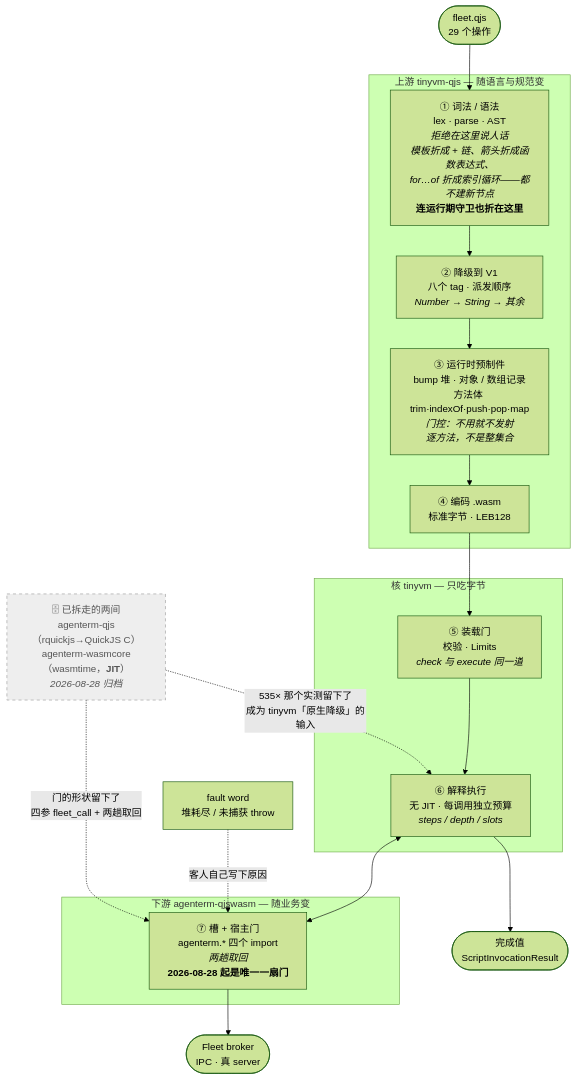
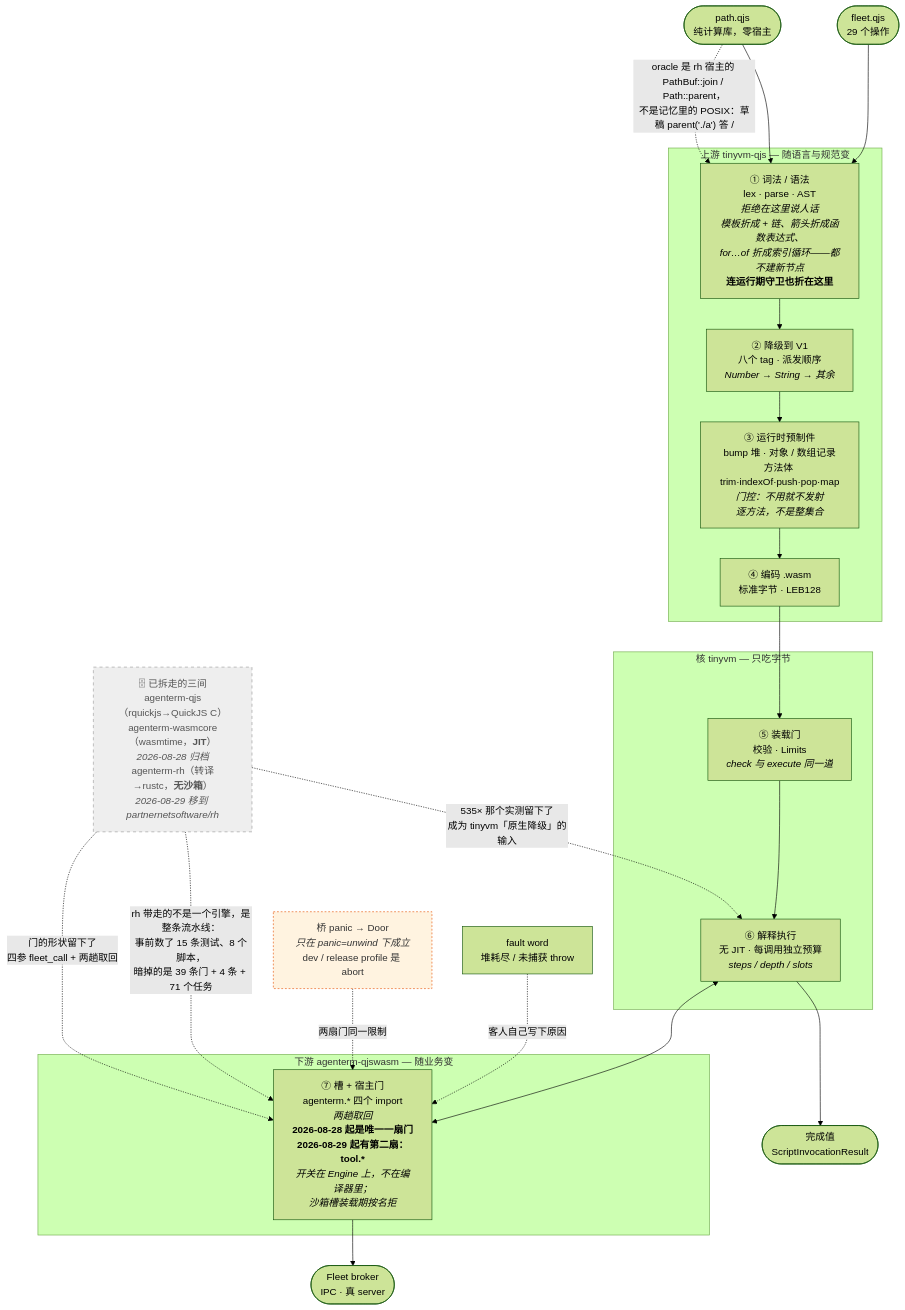
The diagram in prd/PRD_02_36_agenterm_qjswasm.md (partnernetsoftware/agenterm), drawn with Mermaid (forest theme) before and after one commit. The commit also changed other lines of this file and 1 other file, not shown here.

````diff
--- a/prd/PRD_02_36_agenterm_qjswasm.md
+++ b/prd/PRD_02_36_agenterm_qjswasm.md
@@ -1028,33 +1036,39 @@
 ```mermaid
 flowchart TD
   subgraph UP["上游 tinyvm-qjs — 随语言与规范变"]
     R1["① 词法 / 语法<br/>lex · parse · AST<br/><i>拒绝在这里说人话</i><br/><i>模板折成 + 链、箭头折成函数表达式、</i><br/><i>for…of 折成索引循环——都不建新节点</i><br/><b>连运行期守卫也折在这里</b>"]
     R2["② 降级到 V1<br/>八个 tag · 派发顺序<br/><i>Number → String → 其余</i>"]
     R3["③ 运行时预制件<br/>bump 堆 · 对象 / 数组记录<br/>方法体 trim·indexOf·push·pop·map<br/><i>门控：不用就不发射</i><br/><i>逐方法，不是整集合</i>"]
     R4["④ 编码 .wasm<br/>标准字节 · LEB128"]
     R1 --> R2 --> R3 --> R4
   end
 
   subgraph CORE["核 tinyvm — 只吃字节"]
     R5["⑤ 装载门<br/>校验 · Limits<br/><i>check 与 execute 同一道</i>"]
     R6["⑥ 解释执行<br/>无 JIT · 每调用独立预算<br/><i>steps / depth / slots</i>"]
     R5 --> R6
   end
 
   subgraph DOWN["下游 agenterm-qjswasm — 随业务变"]
-    R7["⑦ 槽 + 宿主门<br/>agenterm.* 四个 import<br/><i>两趟取回</i><br/><b>2026-08-28 起是唯一一扇门</b>"]
+    R7["⑦ 槽 + 宿主门<br/>agenterm.* 四个 import<br/><i>两趟取回</i><br/><b>2026-08-28 起是唯一一扇门</b><br/><b>2026-08-29 起有第二扇：tool.*</b><br/><i>开关在 Engine 上，不在编译器里；<br/>沙箱槽装载期按名拒</i>"]
   end
 
   SRC(["fleet.qjs<br/>29 个操作"]) --> R1
   R4 --> R5
   R6 <--> R7
   R7 --> BRK(["Fleet broker<br/>IPC · 真 server"])
   R6 --> OUT(["完成值<br/>ScriptInvocationResult"])
   FW["fault word<br/>堆耗尽 / 未捕获 throw"] -.->|"客人自己写下原因"| R7
 
-  GONE["🗄 已拆走的两间<br/>agenterm-qjs（rquickjs→QuickJS C）<br/>agenterm-wasmcore（wasmtime，<b>JIT</b>）<br/><i>2026-08-28 归档</i>"]
+  LIB(["path.qjs<br/>纯计算库，零宿主"]) --> R1
+  LIB -.->|"oracle 是 rh 宿主的 PathBuf::join / Path::parent，<br/>不是记忆里的 POSIX：草稿 parent('./a') 答 /"| R1
+  PANIC["桥 panic → Door<br/><i>只在 panic=unwind 下成立</i><br/>dev / release profile 是 abort"] -.->|"两扇门同一限制"| R7
+
+  GONE["🗄 已拆走的三间<br/>agenterm-qjs（rquickjs→QuickJS C）<br/>agenterm-wasmcore（wasmtime，<b>JIT</b>）<br/><i>2026-08-28 归档</i><br/>agenterm-rh（转译→rustc，<b>无沙箱</b>）<br/><i>2026-08-29 移到 partnernetsoftware/rh</i>"]
+  GONE -.->|"rh 带走的不是一个引擎，是整条流水线：<br/>事前数了 15 条测试、8 个脚本，<br/>暗掉的是 39 条门 + 4 条 + 71 个任务"| R7
   GONE -.->|"门的形状留下了<br/>四参 fleet_call + 两趟取回"| R7
   GONE -.->|"535× 那个实测留下了<br/>成为 tinyvm「原生降级」的输入"| R6
 
   style GONE fill:#eee,stroke:#999,stroke-dasharray: 5 5,color:#555
+  style PANIC fill:#fff3e0,stroke:#e65100,stroke-dasharray: 3 3,color:#333
 ```
````
